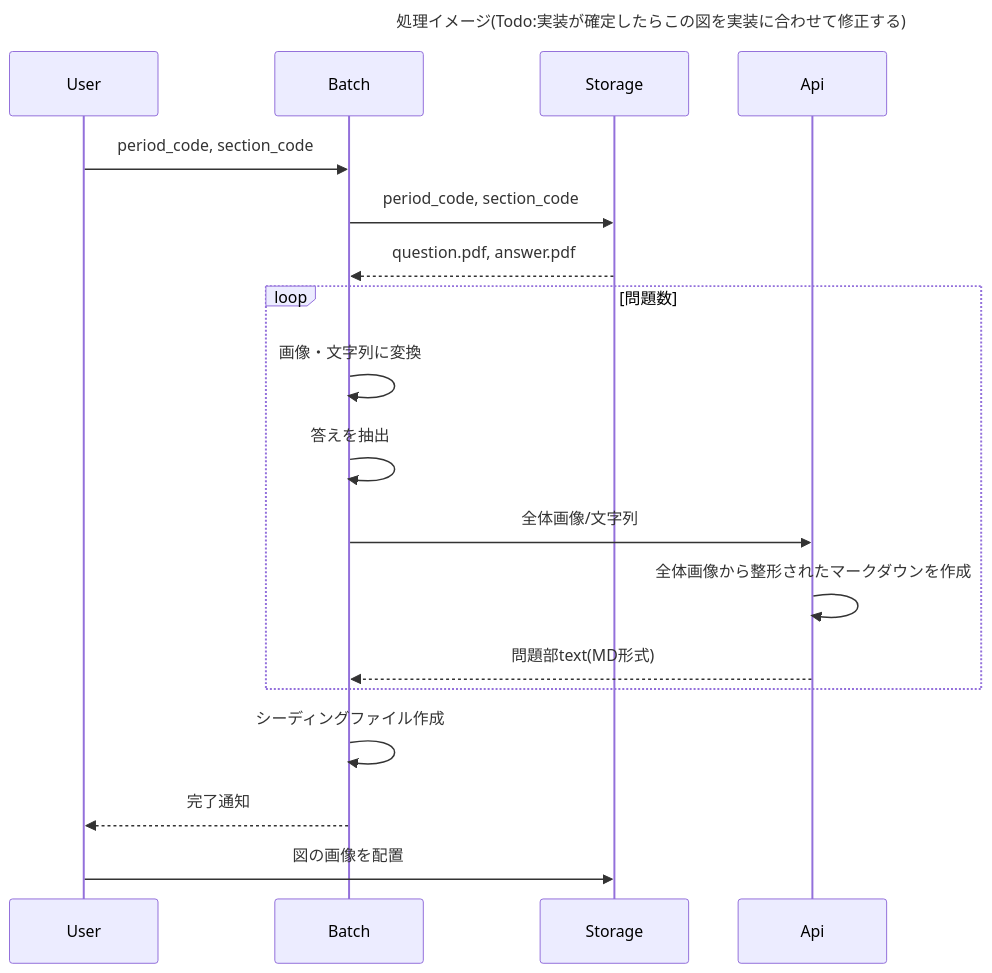
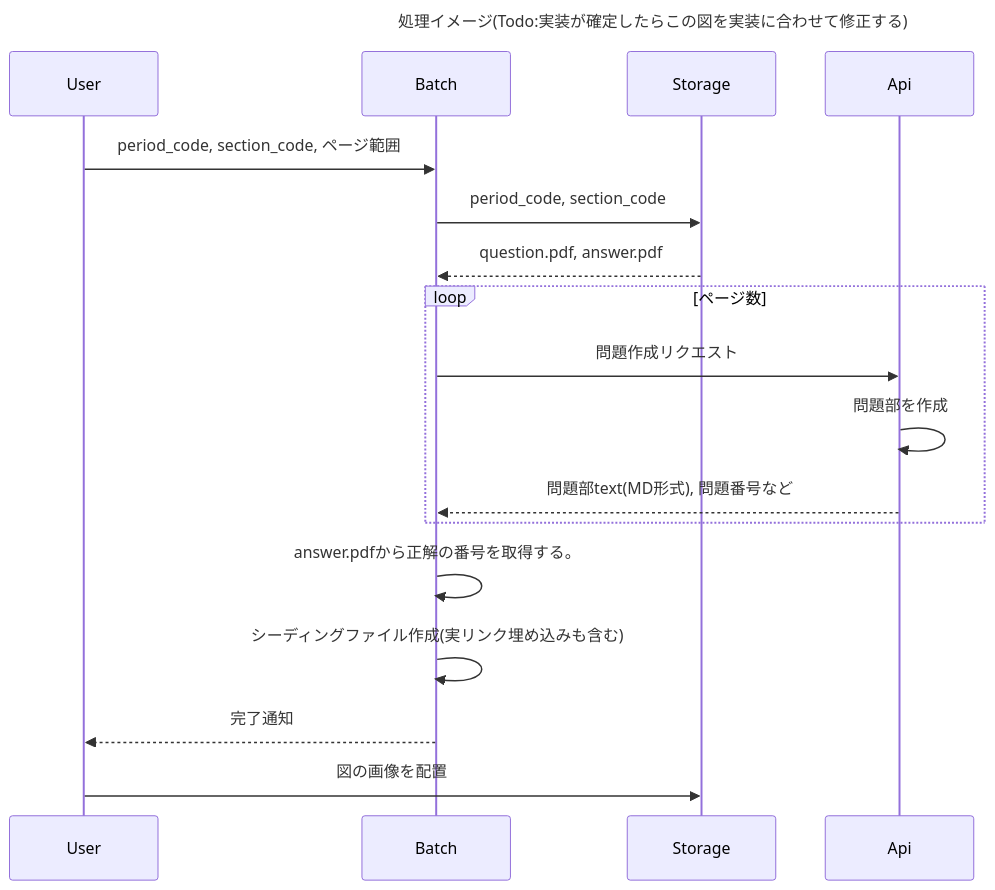
Before and after one commit to yutomoritajp/kakomon: the diagram in docs/v0/s3_basic_design.md, drawn with Mermaid. The commit also changed other lines of this file, not shown here.

````diff
--- a/docs/v0/s3_basic_design.md
+++ b/docs/v0/s3_basic_design.md
@@ -26,24 +27,23 @@
 ```mermaid
 ---
 title: 処理イメージ(Todo:実装が確定したらこの図を実装に合わせて修正する)
 ---
 sequenceDiagram
 participant User
 participant Batch
 participant Storage
 participant Api
 
-User ->> Batch: period_code, section_code
+User ->> Batch: period_code, section_code, ページ範囲
 Batch ->> Storage: period_code, section_code
 Storage -->> Batch: question.pdf, answer.pdf
-loop 問題数
-Batch ->> Batch: 画像・文字列に変換
-Batch ->> Batch: 答えを抽出
-Batch ->> Api: 全体画像/文字列
-Api ->> Api: 全体画像から整形されたマークダウンを作成
-Api -->> Batch: 問題部text(MD形式)
+loop ページ数
+Batch ->> Api: 問題作成リクエスト
+Api ->> Api: 問題部を作成
+Api -->> Batch: 問題部text(MD形式), 問題番号など
 end
-Batch ->> Batch: シーディングファイル作成
+Batch ->> Batch: answer.pdfから正解の番号を取得する。
+Batch ->> Batch: シーディングファイル作成(実リンク埋め込みも含む)
 Batch -->> User: 完了通知
 User ->> Storage: 図の画像を配置
 ```
````
